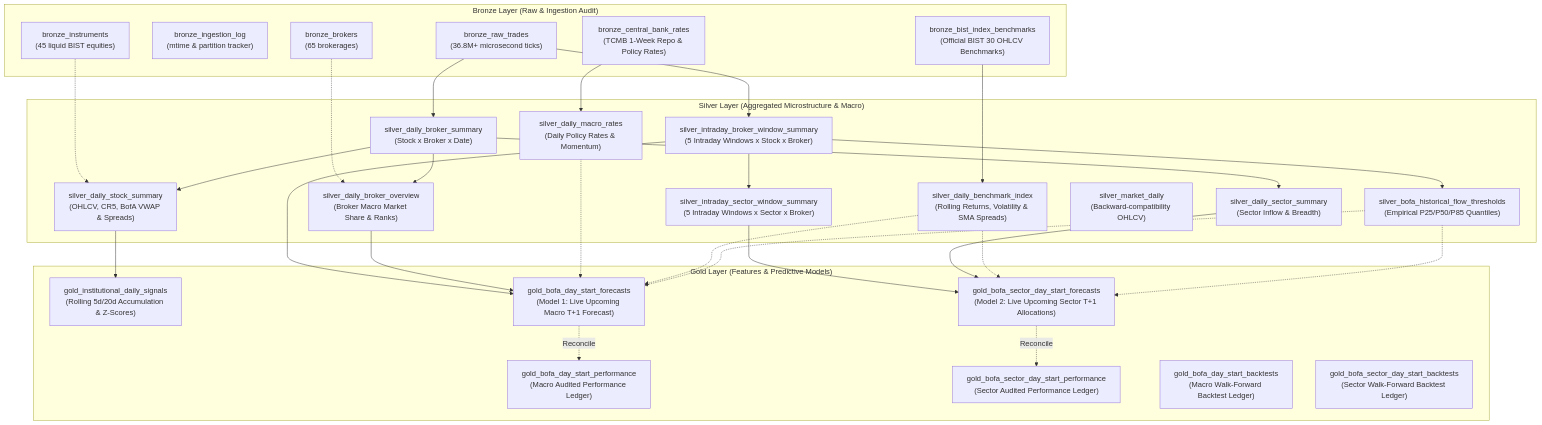
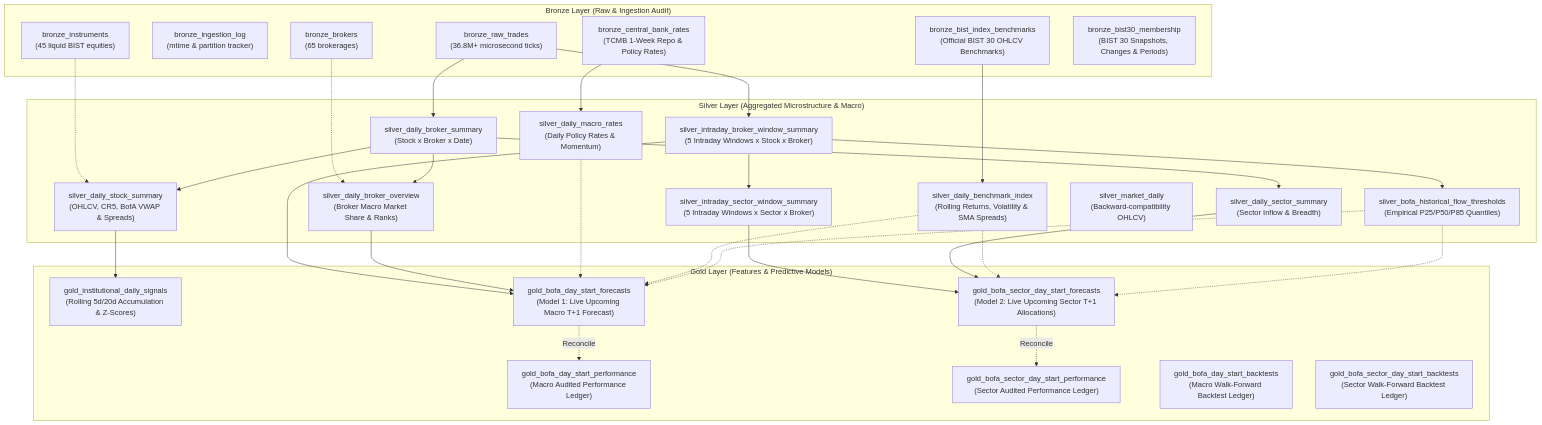
The diagram in .agents/skills/mdk-medallion-pipeline/SKILL.md (ozy-mdk/mdk-trade-oracle), drawn with Mermaid before and after one commit. The commit also changed 10 other files, not shown here.

````diff
--- a/.agents/skills/mdk-medallion-pipeline/SKILL.md
+++ b/.agents/skills/mdk-medallion-pipeline/SKILL.md
@@ -28,60 +28,61 @@
 ```mermaid
 flowchart TD
     subgraph Bronze["Bronze Layer (Raw & Ingestion Audit)"]
         B_RAW["bronze_raw_trades<br/>(36.8M+ microsecond ticks)"]
         B_LOG["bronze_ingestion_log<br/>(mtime & partition tracker)"]
         B_BROK["bronze_brokers<br/>(65 brokerages)"]
         B_INST["bronze_instruments<br/>(45 liquid BIST equities)"]
         B_CBRT["bronze_central_bank_rates<br/>(TCMB 1-Week Repo & Policy Rates)"]
         B_BENCH["bronze_bist_index_benchmarks<br/>(Official BIST 30 OHLCV Benchmarks)"]
+        B_BIST30["bronze_bist30_membership<br/>(BIST 30 Snapshots, Changes & Periods)"]
     end
 
     subgraph Silver["Silver Layer (Aggregated Microstructure & Macro)"]
         S_BROK_SUM["silver_daily_broker_summary<br/>(Stock x Broker x Date)"]
         S_BROK_OVR["silver_daily_broker_overview<br/>(Broker Macro Market Share & Ranks)"]
         S_STK_SUM["silver_daily_stock_summary<br/>(OHLCV, CR5, BofA VWAP & Spreads)"]
         S_SEC_SUM["silver_daily_sector_summary<br/>(Sector Inflow & Breadth)"]
         S_WIN_BROK["silver_intraday_broker_window_summary<br/>(5 Intraday Windows x Stock x Broker)"]
         S_WIN_SEC["silver_intraday_sector_window_summary<br/>(5 Intraday Windows x Sector x Broker)"]
         S_MACRO["silver_daily_macro_rates<br/>(Daily Policy Rates & Momentum)"]
         S_BENCH["silver_daily_benchmark_index<br/>(Rolling Returns, Volatility & SMA Spreads)"]
         S_THRESH["silver_bofa_historical_flow_thresholds<br/>(Empirical P25/P50/P85 Quantiles)"]
         S_MKT["silver_market_daily<br/>(Backward-compatibility OHLCV)"]
     end
 
     subgraph Gold["Gold Layer (Features & Predictive Models)"]
         G_SIG["gold_institutional_daily_signals<br/>(Rolling 5d/20d Accumulation & Z-Scores)"]
         G_M1["gold_bofa_day_start_forecasts<br/>(Model 1: Live Upcoming Macro T+1 Forecast)"]
         G_M2["gold_bofa_sector_day_start_forecasts<br/>(Model 2: Live Upcoming Sector T+1 Allocations)"]
         G_M1_PERF["gold_bofa_day_start_performance<br/>(Macro Audited Performance Ledger)"]
         G_M2_PERF["gold_bofa_sector_day_start_performance<br/>(Sector Audited Performance Ledger)"]
         G_M1_BT["gold_bofa_day_start_backtests<br/>(Macro Walk-Forward Backtest Ledger)"]
         G_M2_BT["gold_bofa_sector_day_start_backtests<br/>(Sector Walk-Forward Backtest Ledger)"]
     end
 
     B_RAW --> S_BROK_SUM
     B_RAW --> S_WIN_BROK
     B_BROK -.-> S_BROK_OVR
     B_INST -.-> S_STK_SUM
     B_CBRT --> S_MACRO
     B_BENCH --> S_BENCH
 
     S_BROK_SUM --> S_BROK_OVR
     S_BROK_SUM --> S_STK_SUM
     S_BROK_SUM --> S_SEC_SUM
     S_WIN_BROK --> S_WIN_SEC
     S_WIN_BROK --> S_THRESH
 
     S_STK_SUM --> G_SIG
     S_WIN_BROK --> G_M1
     S_BROK_OVR --> G_M1
     S_MACRO -.-> G_M1
     S_BENCH -.-> G_M1
     S_THRESH -.-> G_M1
     S_WIN_SEC --> G_M2
     S_SEC_SUM --> G_M2
     S_BENCH -.-> G_M2
     S_THRESH -.-> G_M2
     G_M1 -. Reconcile .-> G_M1_PERF
     G_M2 -. Reconcile .-> G_M2_PERF
 ```
````
